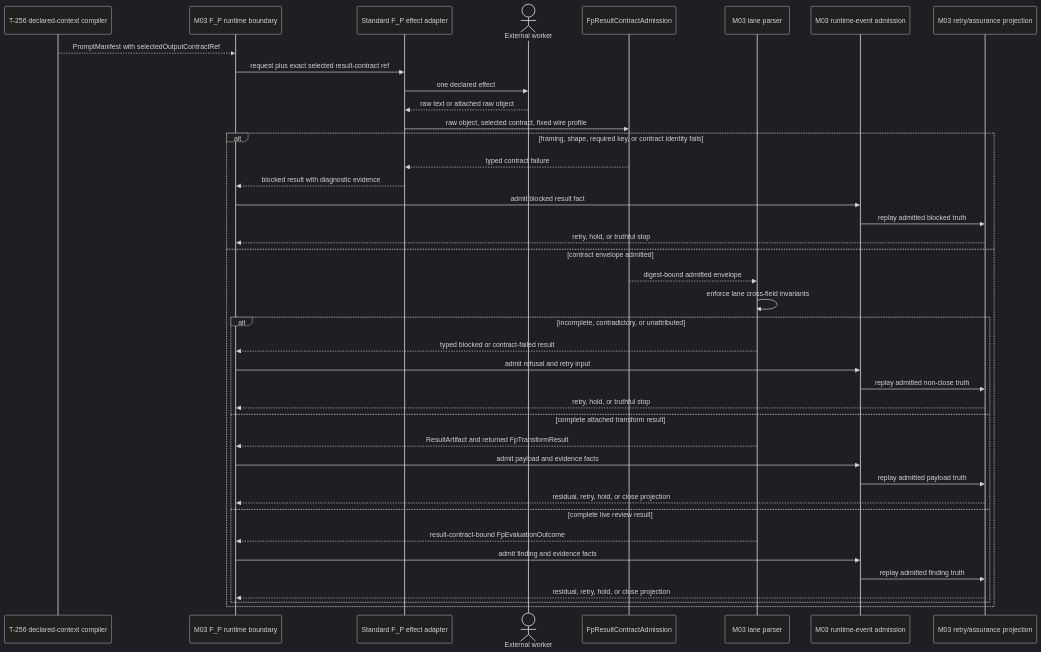
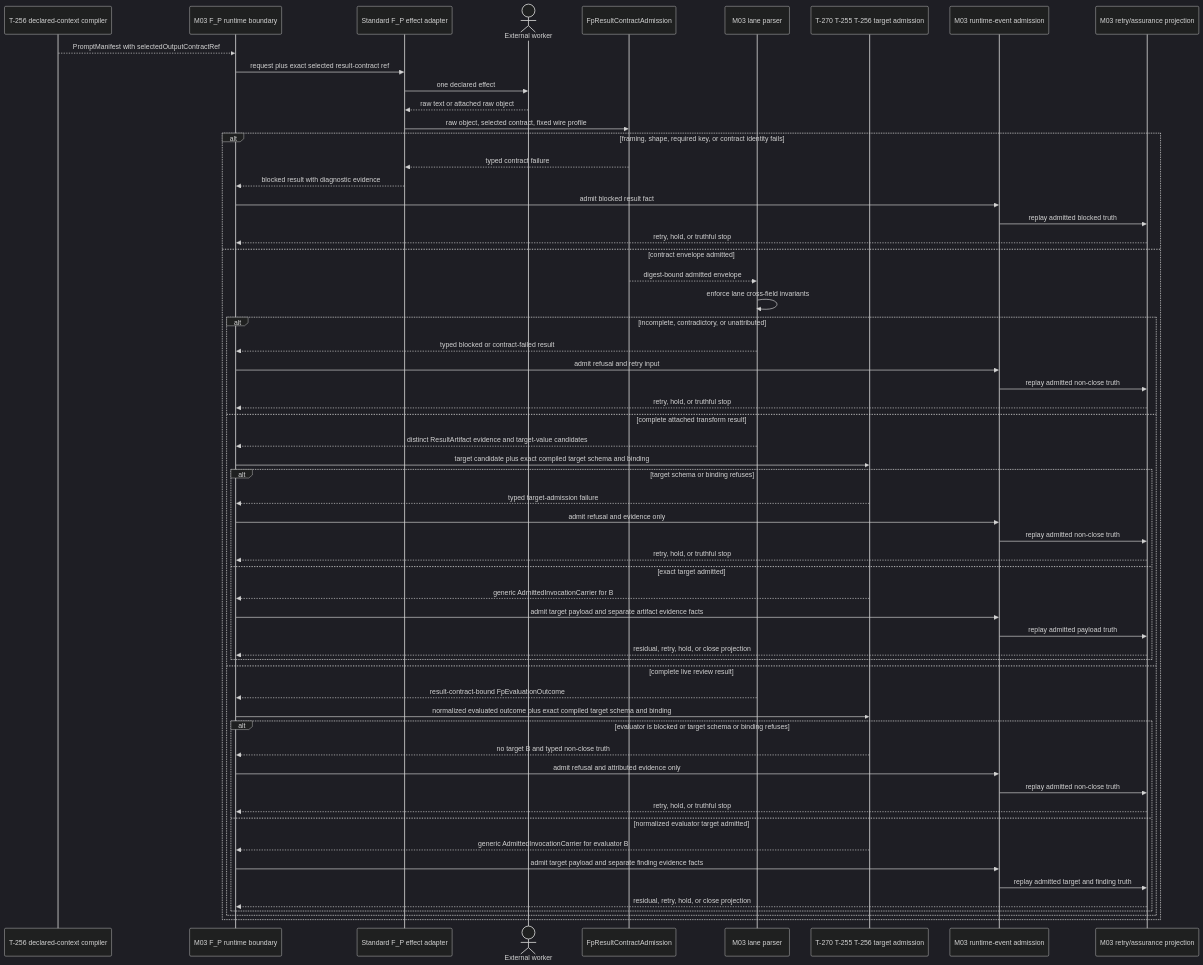
Before and after one commit to foolishimp/abiogenesis: the second of 3 diagrams in build_tenants/abiogenesis/typescript/design/M03_FP_OUTPUT_ADMISSION_BEHAVIOR_DESIGN.md, drawn with Mermaid (dark theme). The commit also changed other lines of this file and 517 other files, not shown here.

````diff
--- a/build_tenants/abiogenesis/typescript/design/M03_FP_OUTPUT_ADMISSION_BEHAVIOR_DESIGN.md
+++ b/build_tenants/abiogenesis/typescript/design/M03_FP_OUTPUT_ADMISSION_BEHAVIOR_DESIGN.md
@@ -277,44 +321,63 @@
 ```mermaid
 sequenceDiagram
   participant Compiler as T-256 declared-context compiler
   participant Runtime as M03 F_P runtime boundary
   participant Plugin as Standard F_P effect adapter
   actor Worker as External worker
   participant Admission as FpResultContractAdmission
   participant Lane as M03 lane parser
+  participant Target as T-270 T-255 T-256 target admission
   participant Events as M03 runtime-event admission
   participant Replay as M03 retry/assurance projection
 
   Compiler-->>Runtime: PromptManifest with selectedOutputContractRef
   Runtime->>Plugin: request plus exact selected result-contract ref
   Plugin->>Worker: one declared effect
   Worker-->>Plugin: raw text or attached raw object
   Plugin->>Admission: raw object, selected contract, fixed wire profile
 
   alt framing, shape, required key, or contract identity fails
     Admission-->>Plugin: typed contract failure
     Plugin-->>Runtime: blocked result with diagnostic evidence
     Runtime->>Events: admit blocked result fact
     Events->>Replay: replay admitted blocked truth
     Replay-->>Runtime: retry, hold, or truthful stop
   else contract envelope admitted
     Admission-->>Lane: digest-bound admitted envelope
     Lane->>Lane: enforce lane cross-field invariants
     alt incomplete, contradictory, or unattributed
       Lane-->>Runtime: typed blocked or contract-failed result
       Runtime->>Events: admit refusal and retry input
       Events->>Replay: replay admitted non-close truth
       Replay-->>Runtime: retry, hold, or truthful stop
     else complete attached transform result
-      Lane-->>Runtime: ResultArtifact and returned FpTransformResult
-      Runtime->>Events: admit payload and evidence facts
-      Events->>Replay: replay admitted payload truth
-      Replay-->>Runtime: residual, retry, hold, or close projection
+      Lane-->>Runtime: distinct ResultArtifact evidence and target-value candidates
+      Runtime->>Target: target candidate plus exact compiled target schema and binding
+      alt target schema or binding refuses
+        Target-->>Runtime: typed target-admission failure
+        Runtime->>Events: admit refusal and evidence only
+        Events->>Replay: replay admitted non-close truth
+        Replay-->>Runtime: retry, hold, or truthful stop
+      else exact target admitted
+        Target-->>Runtime: generic AdmittedInvocationCarrier for B
+        Runtime->>Events: admit target payload and separate artifact evidence facts
+        Events->>Replay: replay admitted payload truth
+        Replay-->>Runtime: residual, retry, hold, or close projection
+      end
     else complete live review result
       Lane-->>Runtime: result-contract-bound FpEvaluationOutcome
-      Runtime->>Events: admit finding and evidence facts
-      Events->>Replay: replay admitted finding truth
-      Replay-->>Runtime: residual, retry, hold, or close projection
+      Runtime->>Target: normalized evaluated outcome plus exact compiled target schema and binding
+      alt evaluator is blocked or target schema or binding refuses
+        Target-->>Runtime: no target B and typed non-close truth
+        Runtime->>Events: admit refusal and attributed evidence only
+        Events->>Replay: replay admitted non-close truth
+        Replay-->>Runtime: retry, hold, or truthful stop
+      else normalized evaluator target admitted
+        Target-->>Runtime: generic AdmittedInvocationCarrier for evaluator B
+        Runtime->>Events: admit target payload and separate finding evidence facts
+        Events->>Replay: replay admitted target and finding truth
+        Replay-->>Runtime: residual, retry, hold, or close projection
+      end
     end
   end
 ```
````
